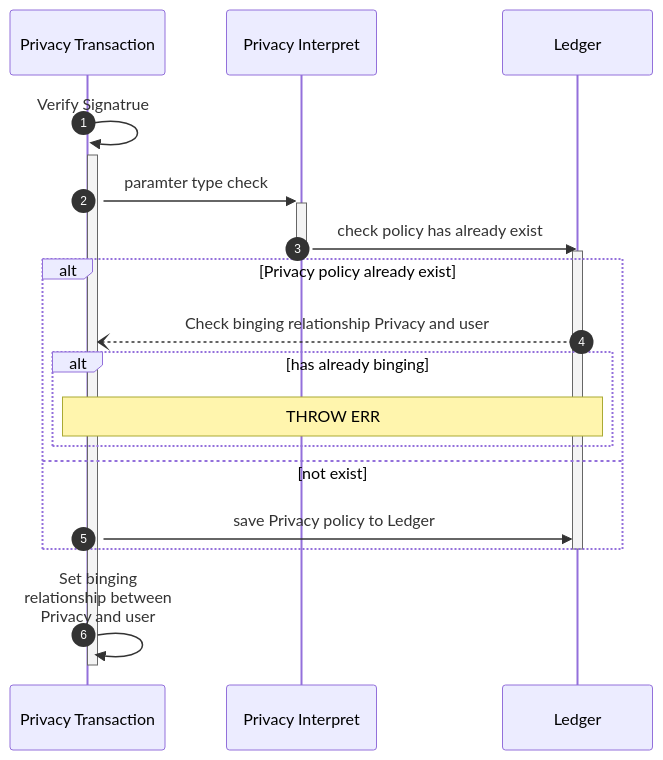
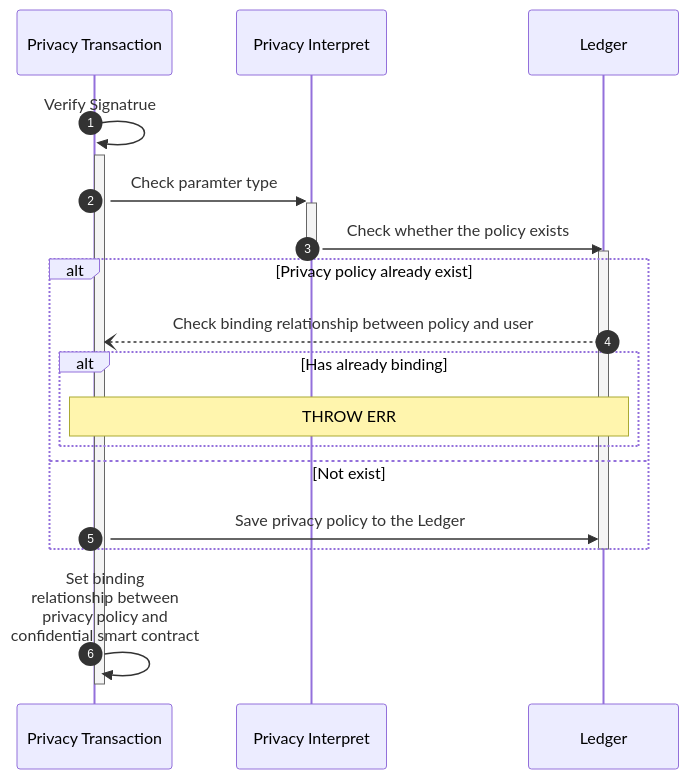
The diagram in docs/source/tee-blockchain-architecture/privacy.mmd (OxHainan/cloak-docs), drawn with Mermaid before and after one commit.

```diff
--- a/docs/source/tee-blockchain-architecture/privacy.mmd
+++ b/docs/source/tee-blockchain-architecture/privacy.mmd
@@ -1,21 +1,21 @@
 sequenceDiagram
     autonumber
     participant P as Privacy Transaction
     participant PI as Privacy Interpret
     participant L as Ledger
     activate P
     P ->>+ P: Verify Signatrue
-    P ->> + PI: paramter type check
-    PI ->>- L: check policy has already exist
+    P ->> + PI: Check paramter type 
+    PI ->>- L: Check whether the policy exists
     activate L
     alt Privacy policy already exist
-        L --) P: Check binging relationship Privacy and user
-        alt has already binging
+        L --) P: Check binding relationship between policy and user
+        alt Has already binding
             Note over P, L: THROW ERR
         end
-    else not exist
-        P ->> L: save Privacy policy to Ledger
+    else Not exist
+        P ->> L: Save privacy policy to the Ledger
     end
     deactivate L
-    P ->> P: Set binging <br> relationship  between <br> Privacy and user
+    P ->> P: Set binding <br> relationship  between <br> privacy policy and <br> confidential smart contract
     deactivate P
```
